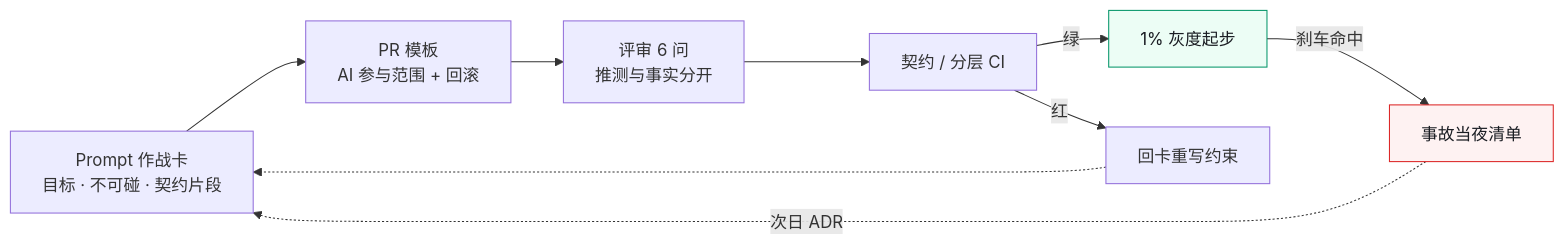
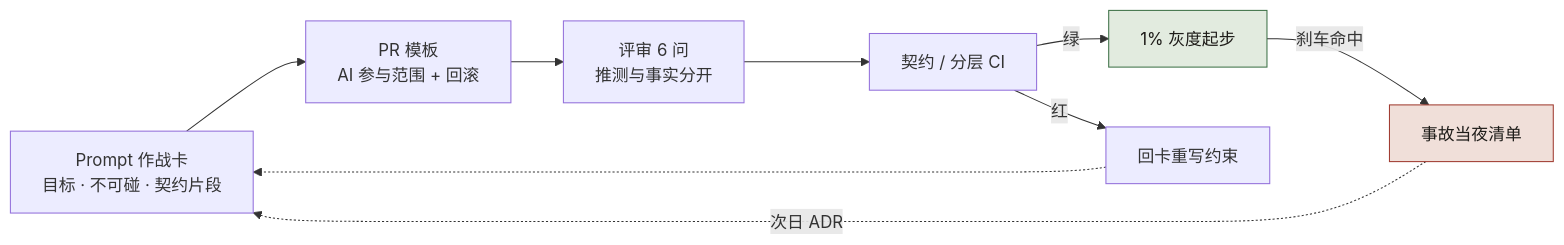
The first of 2 diagrams in docs/manuscript/ch42-附录K-一线最小实践包.md (funny8kids/AI_Native_Software_Engineering), drawn with Mermaid before and after one commit. The commit also changed other lines of this file and 81 other files, not shown here.

````diff
--- a/docs/manuscript/ch42-附录K-一线最小实践包.md
+++ b/docs/manuscript/ch42-附录K-一线最小实践包.md
@@ -18,13 +18,13 @@
 ```mermaid
 flowchart LR
   CARD[Prompt 作战卡<br/>目标 · 不可碰 · 契约片段] --> PR[PR 模板<br/>AI 参与范围 + 回滚]
   PR --> REV[评审 6 问<br/>推测与事实分开]
   REV --> CI[契约 / 分层 CI]
   CI -->|绿| REL[1% 灰度起步]
   CI -->|红| FIX[回卡重写约束]
   REL -->|刹车命中| INC[事故当夜清单]
   INC -.->|次日 ADR| CARD
   FIX -.-> CARD
-  style REL fill:#ecfdf5,stroke:#059669,color:#1a1d23
-  style INC fill:#fef2f2,stroke:#dc2626,color:#1a1d23
+  style REL fill:#e2ebdf,stroke:#3e7247,color:#1e1c19
+  style INC fill:#f0dfd9,stroke:#a03b31,color:#1e1c19
 ```
````
